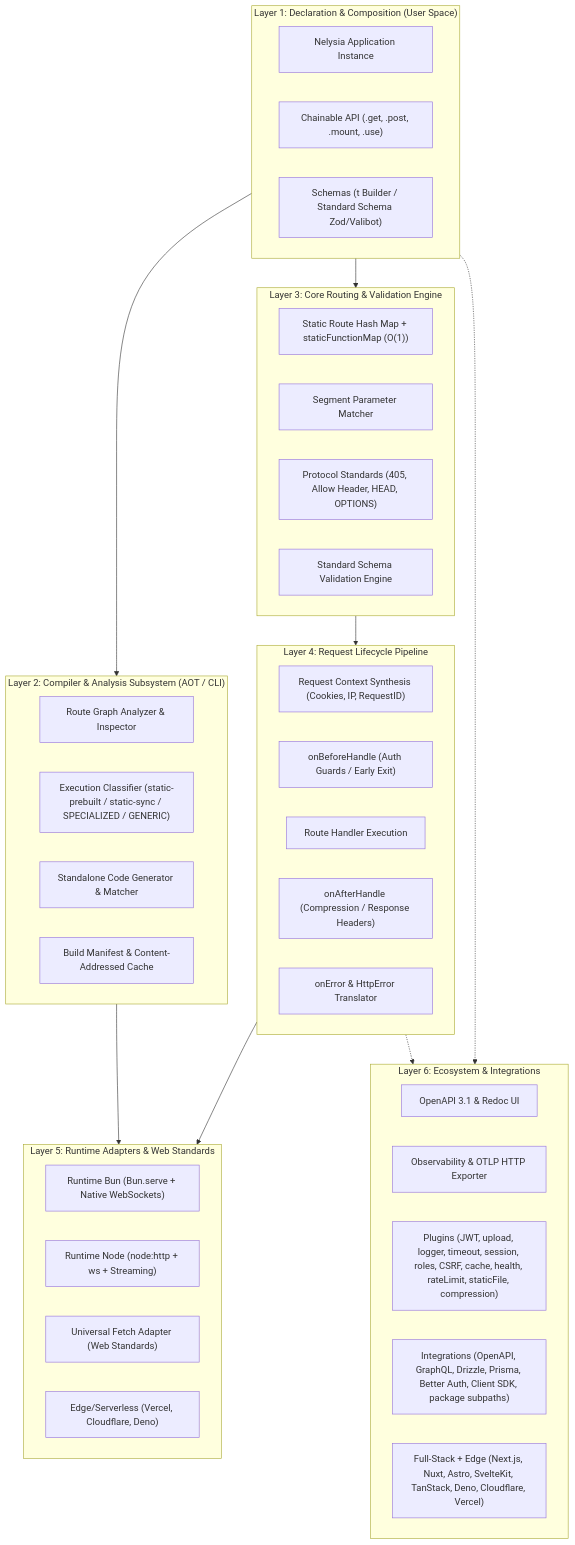
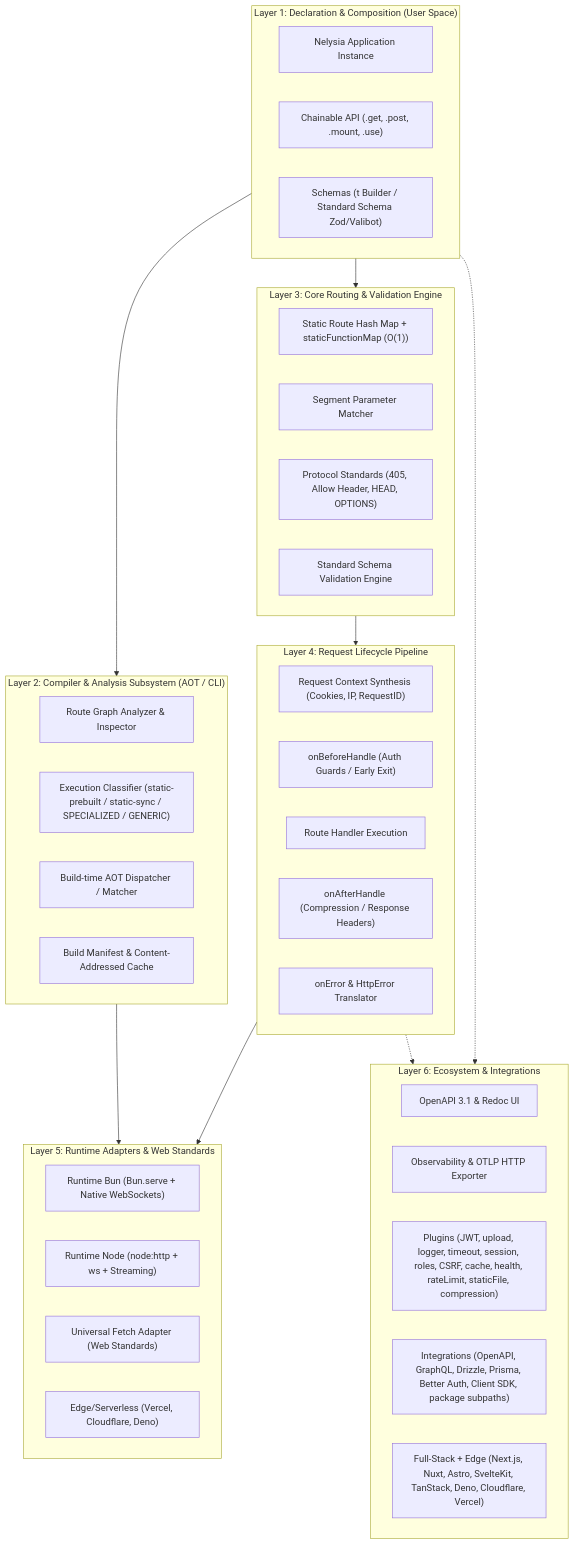
The first of 3 diagrams in docs/ARCHITECTURE.md (ASTOHACKER/nelysia), drawn with Mermaid before and after one commit. The commit also changed other lines of this file and 55 other files, not shown here.

````diff
--- a/docs/ARCHITECTURE.md
+++ b/docs/ARCHITECTURE.md
@@ -11,53 +11,53 @@
 ```mermaid
 graph TD
     subgraph L1["Layer 1: Declaration & Composition (User Space)"]
         App["Nelysia Application Instance"]
         RouterAPI["Chainable API (.get, .post, .mount, .use)"]
         Schemas["Schemas (t Builder / Standard Schema Zod/Valibot)"]
     end
 
     subgraph L2["Layer 2: Compiler & Analysis Subsystem (AOT / CLI)"]
         Inspector["Route Graph Analyzer & Inspector"]
         Classifier["Execution Classifier (static-prebuilt / static-sync / SPECIALIZED / GENERIC)"]
-        Codegen["Standalone Code Generator & Matcher"]
+        Codegen["Build-time AOT Dispatcher / Matcher"]
         Manifest["Build Manifest & Content-Addressed Cache"]
     end
 
     subgraph L3["Layer 3: Core Routing & Validation Engine"]
         StaticMap["Static Route Hash Map + staticFunctionMap (O(1))"]
         ParamMatcher["Segment Parameter Matcher"]
         MethodGuard["Protocol Standards (405, Allow Header, HEAD, OPTIONS)"]
         ValidatorEngine["Standard Schema Validation Engine"]
     end
 
     subgraph L4["Layer 4: Request Lifecycle Pipeline"]
         ContextAlloc["Request Context Synthesis (Cookies, IP, RequestID)"]
         BeforeHooks["onBeforeHandle (Auth Guards / Early Exit)"]
         HandlerExec["Route Handler Execution"]
         AfterHooks["onAfterHandle (Compression / Response Headers)"]
         ErrorPipeline["onError & HttpError Translator"]
     end
 
     subgraph L5["Layer 5: Runtime Adapters & Web Standards"]
         BunAdapter["Runtime Bun (Bun.serve + Native WebSockets)"]
         NodeAdapter["Runtime Node (node:http + ws + Streaming)"]
         FetchAdapter["Universal Fetch Adapter (Web Standards)"]
         EdgeAdapters["Edge/Serverless (Vercel, Cloudflare, Deno)"]
     end
 
     subgraph L6["Layer 6: Ecosystem & Integrations"]
         OpenAPI["OpenAPI 3.1 & Redoc UI"]
         Telemetry["Observability & OTLP HTTP Exporter"]
         Plugins["Plugins (JWT, upload, logger, timeout, session, roles, CSRF, cache, health, rateLimit, staticFile, compression)"]
         Integrations["Integrations (OpenAPI, GraphQL, Drizzle, Prisma, Better Auth, Client SDK, package subpaths)"]
         Frameworks["Full-Stack + Edge (Next.js, Nuxt, Astro, SvelteKit, TanStack, Deno, Cloudflare, Vercel)"]
     end
 
     L1 --> L2
     L1 --> L3
     L2 --> L5
     L3 --> L4
     L4 --> L5
     L1 -.-> L6
     L4 -.-> L6
 ```
````
